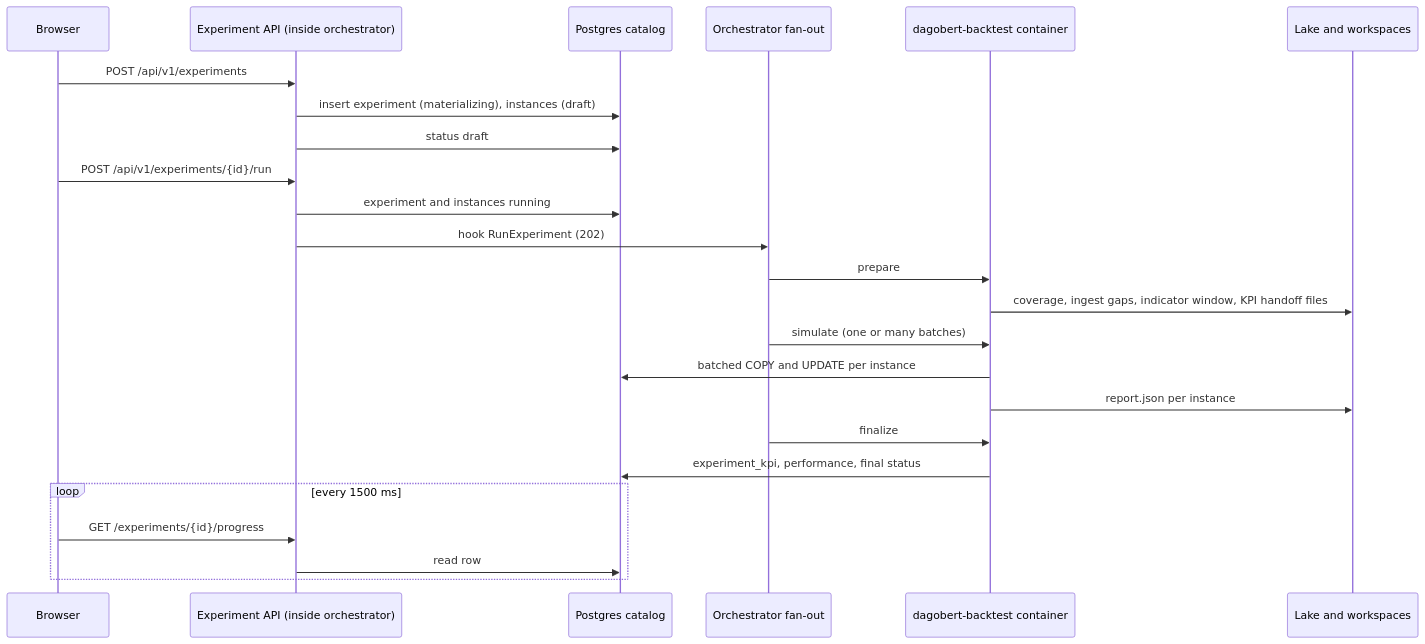
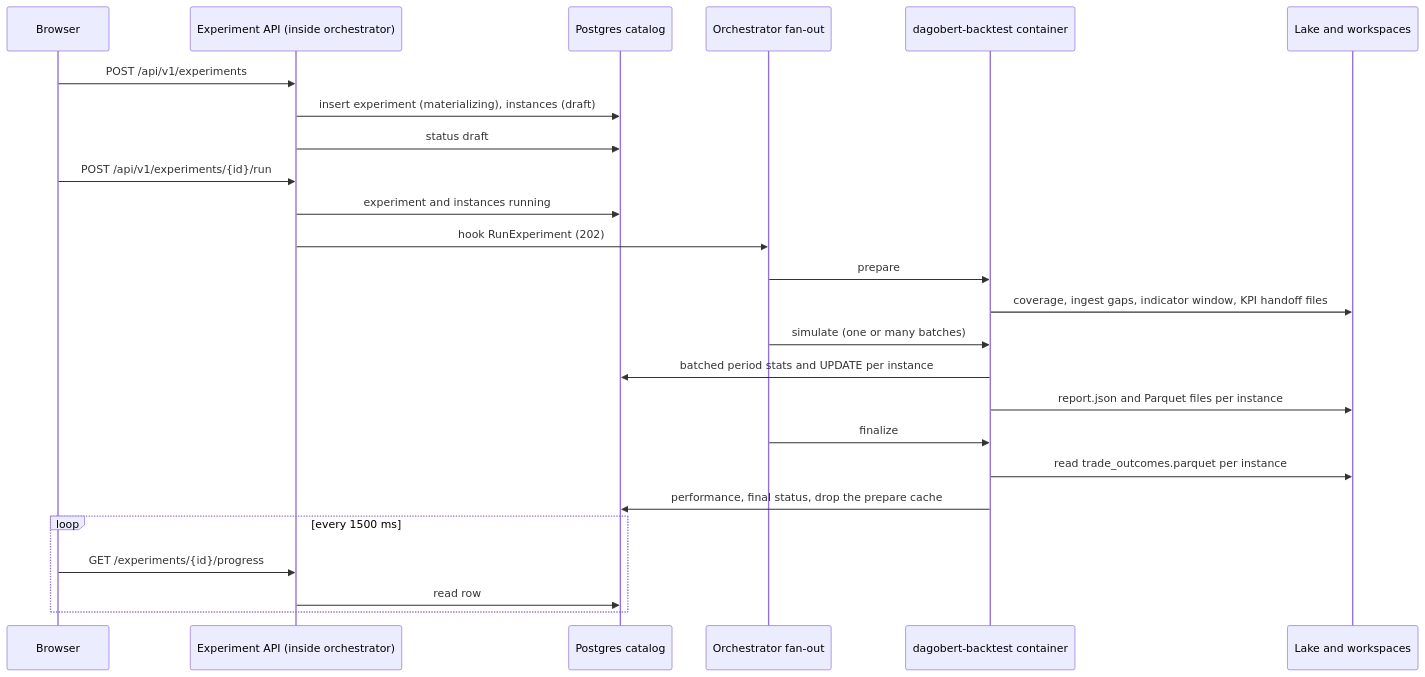
Before and after one commit to MaxBernstetter/dagobert: the first of 4 diagrams in docs/architecture/experiment-data-flow.md, drawn with Mermaid. The commit also changed other lines of this file and 9 other files, not shown here.

First line of the commit message:
[164] Update docs for Parquet instance files and the Postgres-only catalog

````diff
--- a/docs/architecture/experiment-data-flow.md
+++ b/docs/architecture/experiment-data-flow.md
@@ -10,26 +10,27 @@
 ```mermaid
 sequenceDiagram
     participant B as Browser
     participant A as Experiment API (inside orchestrator)
     participant P as Postgres catalog
     participant O as Orchestrator fan-out
     participant W as dagobert-backtest container
     participant L as Lake and workspaces
     B->>A: POST /api/v1/experiments
     A->>P: insert experiment (materializing), instances (draft)
     A->>P: status draft
     B->>A: POST /api/v1/experiments/{id}/run
     A->>P: experiment and instances running
     A->>O: hook RunExperiment (202)
     O->>W: prepare
     W->>L: coverage, ingest gaps, indicator window, KPI handoff files
     O->>W: simulate (one or many batches)
-    W->>P: batched COPY and UPDATE per instance
-    W->>L: report.json per instance
+    W->>P: batched period stats and UPDATE per instance
+    W->>L: report.json and Parquet files per instance
     O->>W: finalize
-    W->>P: experiment_kpi, performance, final status
+    W->>L: read trade_outcomes.parquet per instance
+    W->>P: performance, final status, drop the prepare cache
     loop every 1500 ms
         B->>A: GET /experiments/{id}/progress
         A->>P: read row
     end
 ```
````
